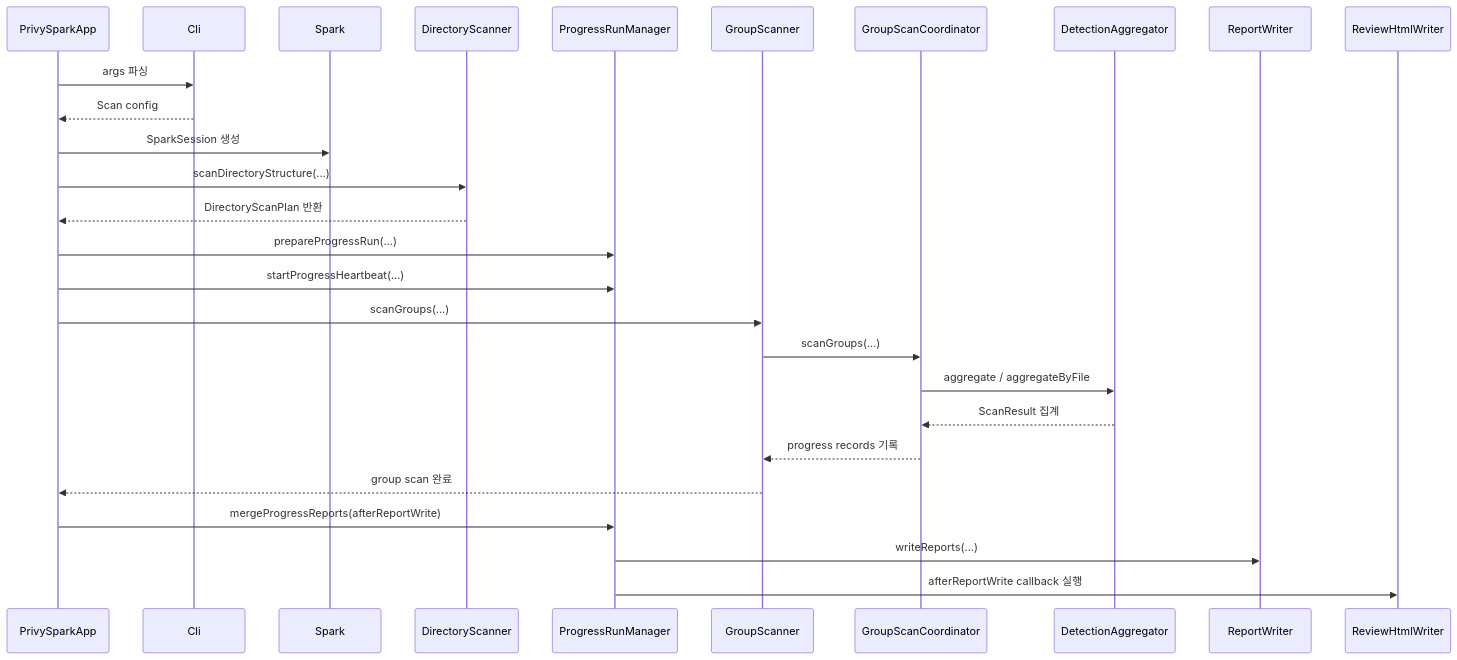
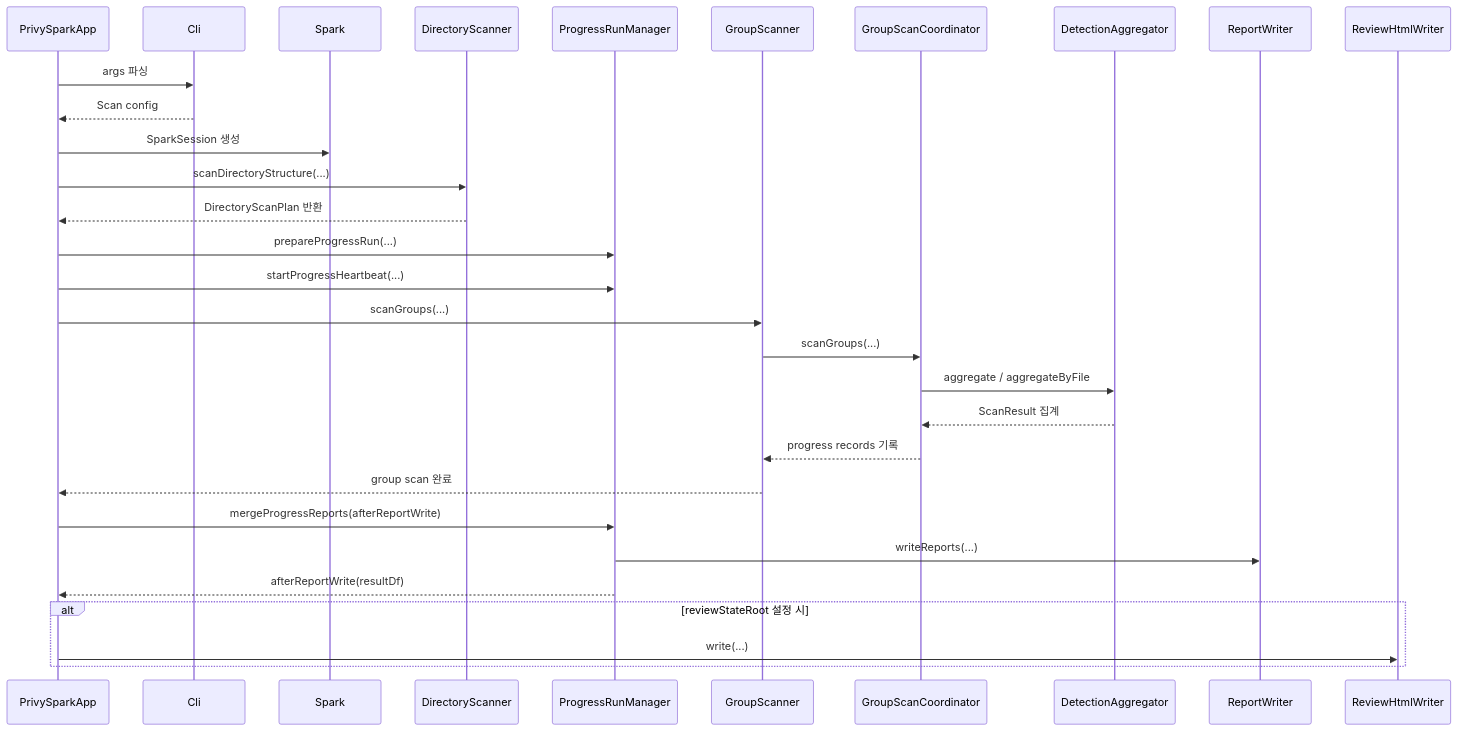
Before and after one commit to jonggeun2001/PrivySpark: the second of 2 diagrams in docs/ko/architecture/overview.md, drawn with Mermaid. The commit also changed 1 other file, not shown here.

Commit message:
docs: separate review callback flow

````diff
--- a/docs/ko/architecture/overview.md
+++ b/docs/ko/architecture/overview.md
@@ -95,30 +95,33 @@
 ```mermaid
 sequenceDiagram
   participant PrivySparkApp
   participant CliParser as Cli
   participant Spark
   participant DirectoryScanner
   participant ProgressRunManager
   participant GroupScanner
   participant GroupScanCoordinator
   participant DetectionAggregator
   participant ReportWriter
   participant ReviewHtmlWriter
 
   PrivySparkApp->>CliParser: args 파싱
   CliParser-->>PrivySparkApp: Scan config
   PrivySparkApp->>Spark: SparkSession 생성
   PrivySparkApp->>DirectoryScanner: scanDirectoryStructure(...)
   DirectoryScanner-->>PrivySparkApp: DirectoryScanPlan 반환
   PrivySparkApp->>ProgressRunManager: prepareProgressRun(...)
   PrivySparkApp->>ProgressRunManager: startProgressHeartbeat(...)
   PrivySparkApp->>GroupScanner: scanGroups(...)
   GroupScanner->>GroupScanCoordinator: scanGroups(...)
   GroupScanCoordinator->>DetectionAggregator: aggregate / aggregateByFile
   DetectionAggregator-->>GroupScanCoordinator: ScanResult 집계
   GroupScanCoordinator-->>GroupScanner: progress records 기록
   GroupScanner-->>PrivySparkApp: group scan 완료
   PrivySparkApp->>ProgressRunManager: mergeProgressReports(afterReportWrite)
   ProgressRunManager->>ReportWriter: writeReports(...)
-  ProgressRunManager->>ReviewHtmlWriter: afterReportWrite callback 실행
+  ProgressRunManager-->>PrivySparkApp: afterReportWrite(resultDf)
+  alt reviewStateRoot 설정 시
+    PrivySparkApp->>ReviewHtmlWriter: write(...)
+  end
 ```
````
